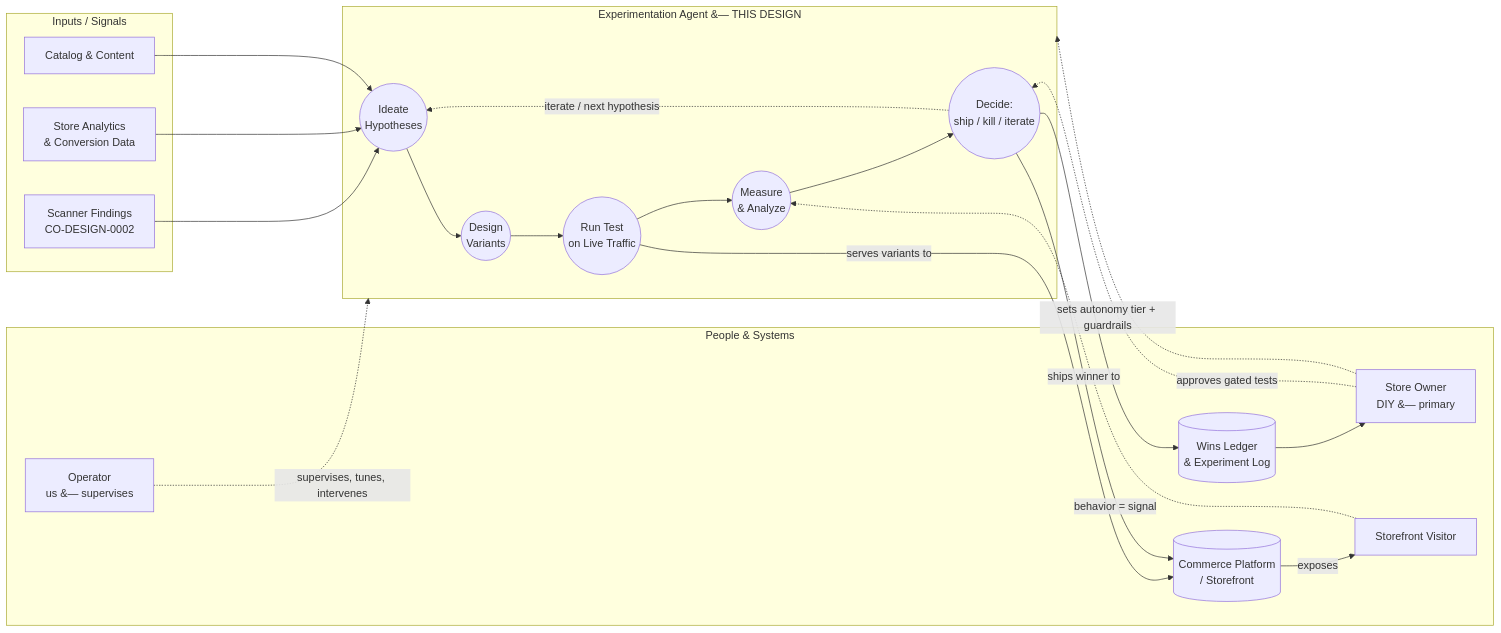
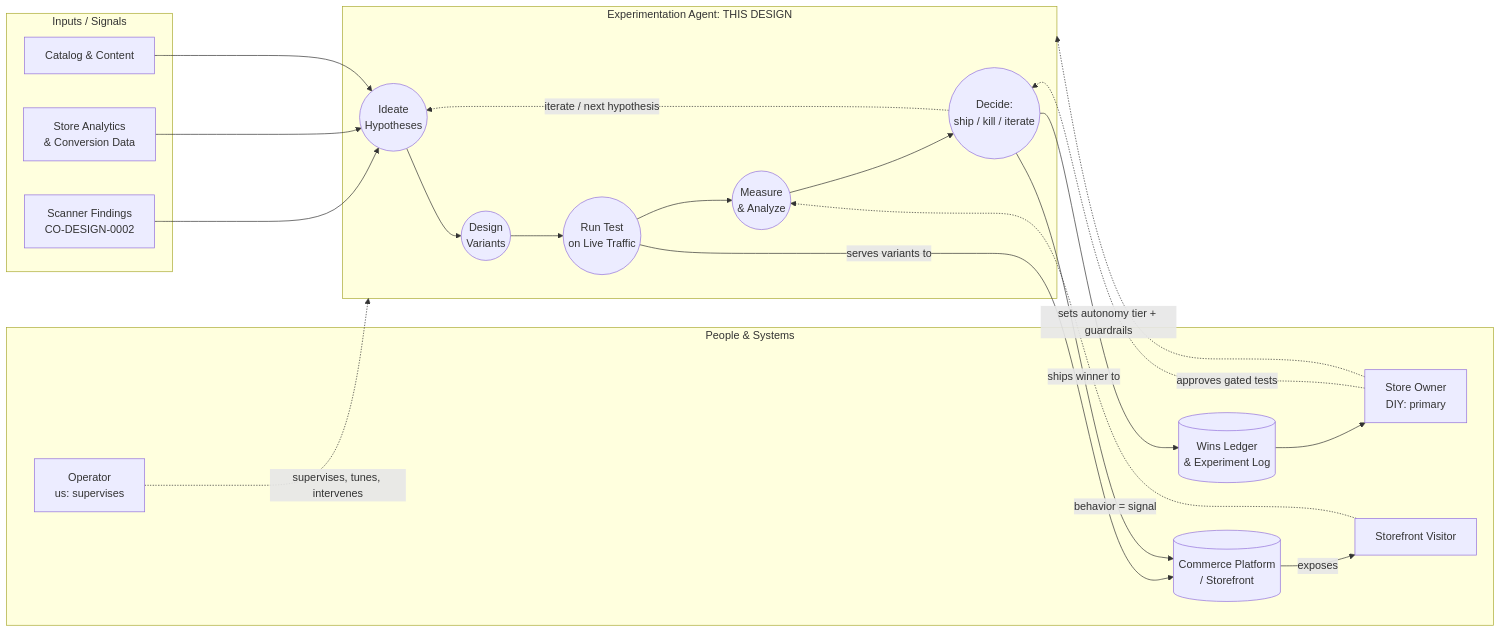
Before and after one commit to omars-lab/omars-lab.github.io: the first of 15 diagrams in bytesofpurpose-blog/designs/2026-06-22-self-healing-storefront.mdx, drawn with Mermaid. The commit also changed other lines of this file and 9 other files, not shown here.

````diff
--- a/bytesofpurpose-blog/designs/2026-06-22-self-healing-storefront.mdx
+++ b/bytesofpurpose-blog/designs/2026-06-22-self-healing-storefront.mdx
@@ -132,41 +132,41 @@
 ```mermaid
 %% animate: flow
 graph LR
     subgraph signals["Inputs / Signals"]
         SCAN[Scanner Findings\nCO-DESIGN-0002]
         ANALYTICS[Store Analytics\n& Conversion Data]
         CATALOG[Catalog & Content]
     end
 
-    subgraph engine["Experimentation Agent &#8212; THIS DESIGN"]
+    subgraph engine["Experimentation Agent: THIS DESIGN"]
         IDEATE((Ideate\nHypotheses))
         DESIGN((Design\nVariants))
         RUN((Run Test\non Live Traffic))
         MEASURE((Measure\n& Analyze))
         DECIDE((Decide:\nship / kill / iterate))
     end
 
     subgraph people["People & Systems"]
-        OWNER[Store Owner\nDIY &#8212; primary]
-        OP[Operator\nus &#8212; supervises]
+        OWNER[Store Owner\nDIY: primary]
+        OP[Operator\nus: supervises]
         STORE[(Commerce Platform\n/ Storefront)]
         SHOPPER[Storefront Visitor]
         LEDGER[(Wins Ledger\n& Experiment Log)]
     end
 
     SCAN --> IDEATE
     ANALYTICS --> IDEATE
     CATALOG --> IDEATE
     IDEATE --> DESIGN --> RUN --> MEASURE --> DECIDE
     DECIDE -.->|iterate / next hypothesis| IDEATE
     RUN -->|serves variants to| STORE
     STORE -->|exposes| SHOPPER
     SHOPPER -.->|behavior = signal| MEASURE
     DECIDE -->|ships winner to| STORE
     DECIDE --> LEDGER
     LEDGER --> OWNER
     OWNER -.->|sets autonomy tier + guardrails| engine
     OWNER -.->|approves gated tests| DECIDE
     OP -.->|supervises, tunes, intervenes| engine
 
 ```
````
